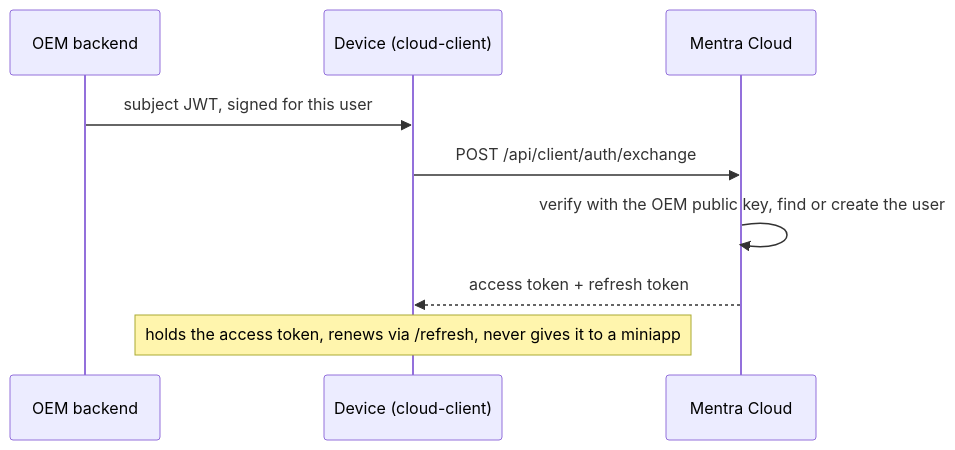
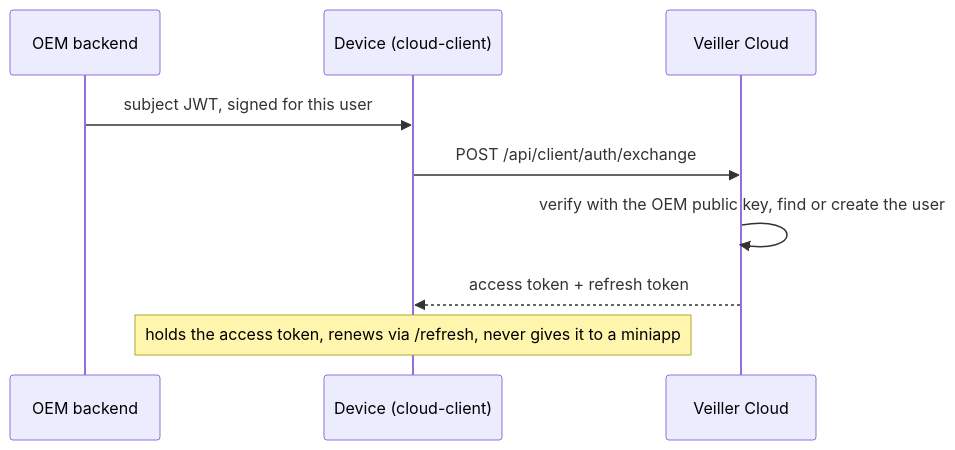
Before and after one commit to xerktech/Veiller: the first of 2 diagrams in cloud-v2/docs/issues/001-cloud-core/auth/concepts.md, drawn with Mermaid. The commit also changed other lines of this file and 2317 other files, not shown here.

````diff
--- a/cloud-v2/docs/issues/001-cloud-core/auth/concepts.md
+++ b/cloud-v2/docs/issues/001-cloud-core/auth/concepts.md
@@ -270,11 +270,11 @@
 ```mermaid
 sequenceDiagram
     participant OEM as OEM backend
     participant CC as Device (cloud-client)
-    participant Mentra as Mentra Cloud
+    participant Veiller as Veiller Cloud
     OEM->>CC: subject JWT, signed for this user
-    CC->>Mentra: POST /api/client/auth/exchange
-    Mentra->>Mentra: verify with the OEM public key, find or create the user
-    Mentra-->>CC: access token + refresh token
+    CC->>Veiller: POST /api/client/auth/exchange
+    Veiller->>Veiller: verify with the OEM public key, find or create the user
+    Veiller-->>CC: access token + refresh token
     Note over CC: holds the access token, renews via /refresh, never gives it to a miniapp
 ```
````
